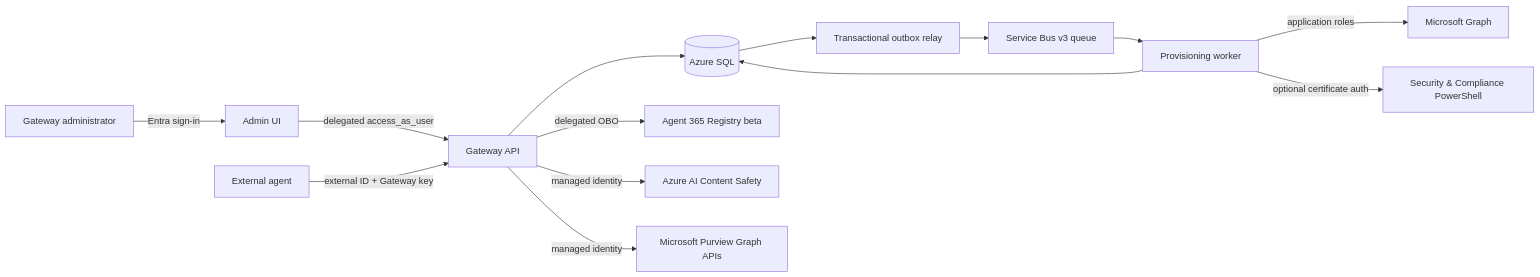
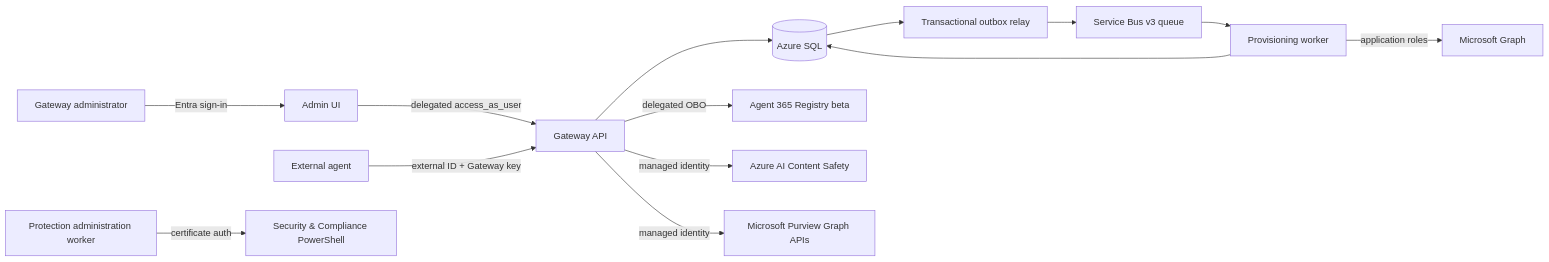
One commit to patrick-shim/a365-custom-gateway changed the first of 4 diagrams in docs/architecture/system-architecture.md. Above: the diagram before and after it, drawn with Mermaid. The commit also changed other lines of this file and 342 other files, not shown here.

````diff
--- a/docs/architecture/system-architecture.md
+++ b/docs/architecture/system-architecture.md
@@ -15,16 +22,16 @@
 ```mermaid
 flowchart LR
     Operator[Gateway administrator] -->|Entra sign-in| Admin[Admin UI]
     Admin -->|delegated access_as_user| Api[Gateway API]
     External[External agent] -->|external ID + Gateway key| Api
     Api --> Sql[(Azure SQL)]
     Sql --> Relay[Transactional outbox relay]
     Relay --> Bus[Service Bus v3 queue]
     Bus --> Worker[Provisioning worker]
     Worker --> Sql
     Worker -->|application roles| Graph[Microsoft Graph]
     Api -->|delegated OBO| Registry[Agent 365 Registry beta]
     Api -->|managed identity| Shield[Azure AI Content Safety]
     Api -->|managed identity| Purview[Microsoft Purview Graph APIs]
-    Worker -->|optional certificate auth| Compliance[Security & Compliance PowerShell]
+    ProtectionWorker[Protection administration worker] -->|certificate auth| Compliance[Security & Compliance PowerShell]
 ```
````
